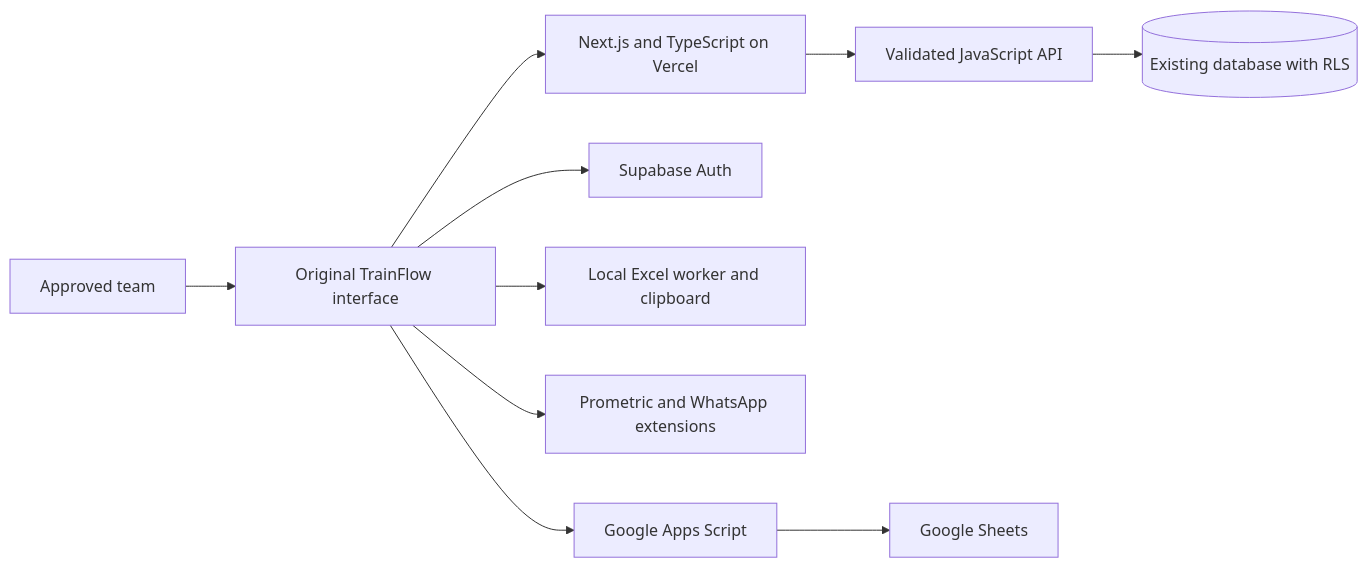
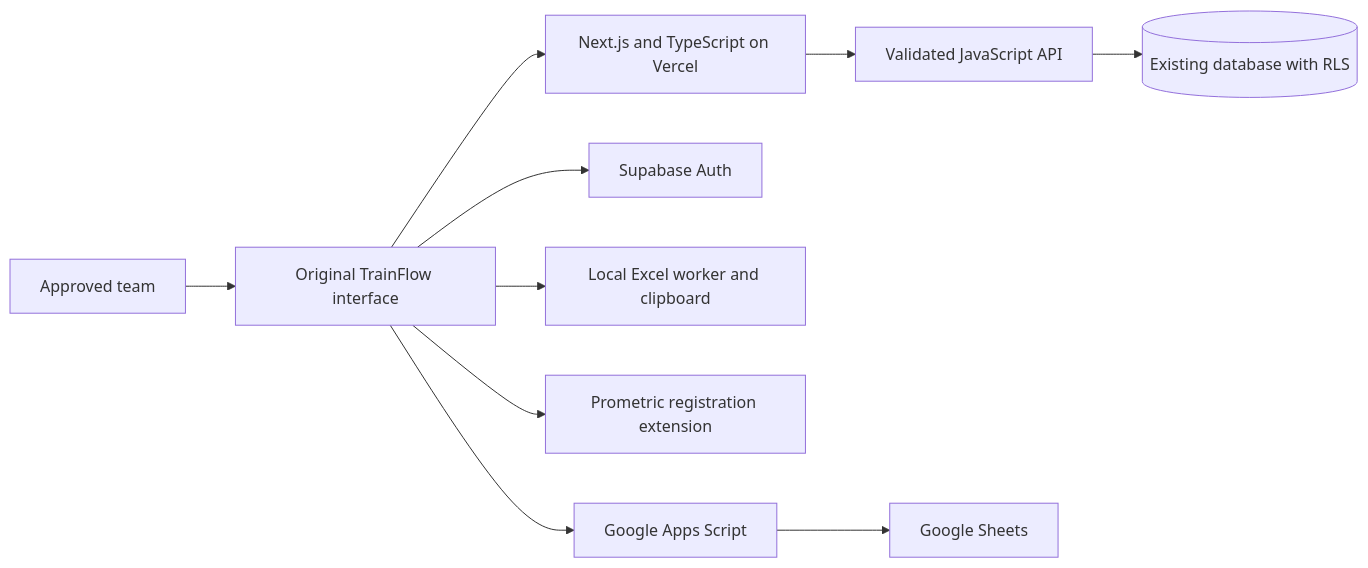
One commit to salahmostava-sys/Trainflow changed the diagram in README.md. Above: the diagram before and after it, drawn with Mermaid. The commit also changed other lines of this file and 41 other files, not shown here.

```diff
--- a/README.md
+++ b/README.md
@@ -75,12 +75,12 @@
 ~~~mermaid
 flowchart LR
     Team[Approved team] --> UI[Original TrainFlow interface]
     UI --> Next[Next.js and TypeScript on Vercel]
     UI --> Auth[Supabase Auth]
     Next --> API[Validated JavaScript API]
     API --> DB[(Existing database with RLS)]
     UI --> Files[Local Excel worker and clipboard]
-    UI --> Chrome[Prometric and WhatsApp extensions]
+    UI --> Chrome[Prometric registration extension]
     UI --> Reports[Google Apps Script]
     Reports --> Sheets[Google Sheets]
 ~~~
```
